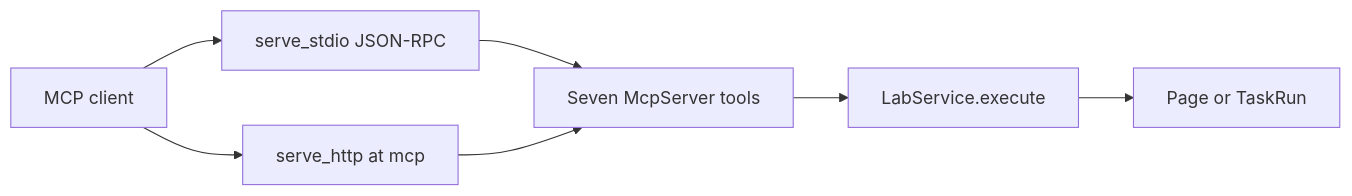
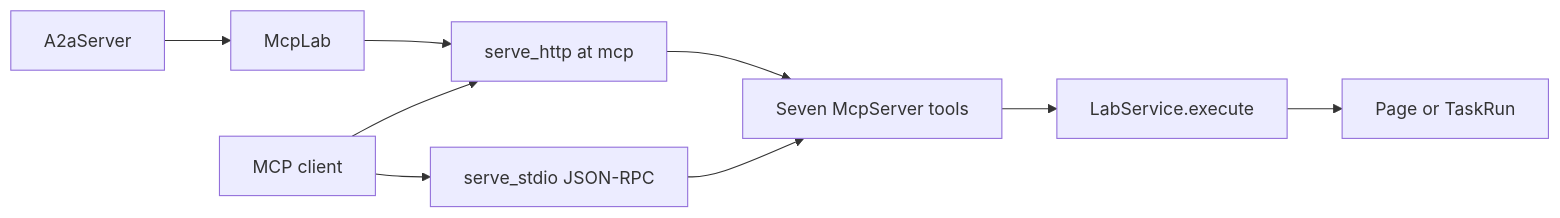
The diagram in backlog/docs/reference/mcp/doc-5 - MCP.md (A3Analytics/a2a-lab-dev-kit-rs), drawn with Mermaid before and after one commit. The commit also changed other lines of this file and 29 other files, not shown here.

````diff
--- a/backlog/docs/reference/mcp/doc-5 - MCP.md
+++ b/backlog/docs/reference/mcp/doc-5 - MCP.md
@@ -17,9 +17,11 @@
 ```mermaid
 flowchart LR
+  a2a["A2aServer"] --> mcpLab["McpLab"]
+  mcpLab --> http["serve_http at mcp"]
   client["MCP client"] --> stdio["serve_stdio JSON-RPC"]
-  client --> http["serve_http at mcp"]
+  client --> http
   stdio --> tools["Seven McpServer tools"]
   http --> tools
   tools --> lab["LabService.execute"]
   lab --> body["Page or TaskRun"]
 ```
````
